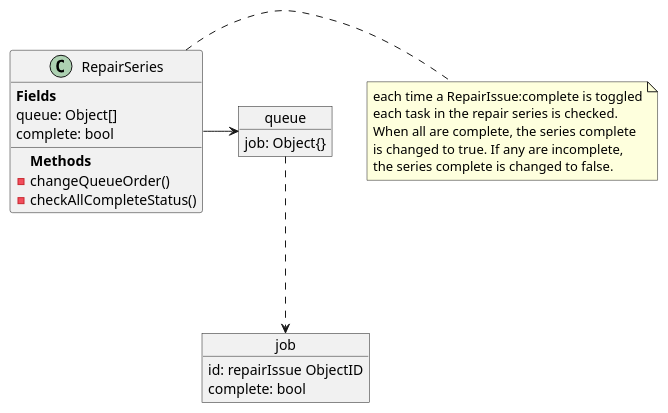
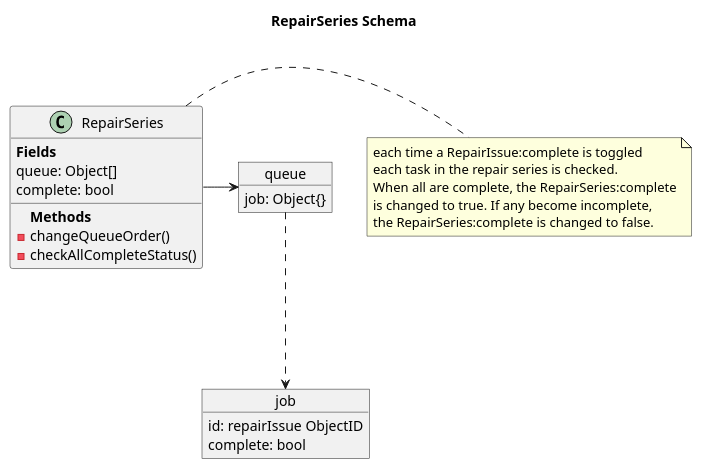
The diagram in src/app/odm/uml/repairSeries.puml (TwoFistedJustice/manifold), drawn with PlantUML before and after one commit. The commit also changed 6 other files, not shown here.

Commit message:
Added titles to schema diagrams

```diff
--- a/src/app/odm/uml/repairSeries.puml
+++ b/src/app/odm/uml/repairSeries.puml
@@ -1,37 +1,36 @@
 @startuml
-
+title RepairSeries Schema
 
 class RepairSeries {
 {field}**Fields**
 queue: Object[]
 complete: bool
 
 {method}**Methods**
 - changeQueueOrder()
 - checkAllCompleteStatus()
 }
 
 note right
 each time a RepairIssue:complete is toggled
 each task in the repair series is checked.
-When all are complete, the series complete
-is changed to true. If any are incomplete,
-the series complete is changed to false.
+When all are complete, the RepairSeries:complete
+is changed to true. If any become incomplete,
+the RepairSeries:complete is changed to false.
 end note
+
 
 
 object queue{
 job: Object{}
 }
 
 object job {
 id: repairIssue ObjectID
 complete: bool
 }
 
 RepairSeries -> queue
 queue ...> job
 
-
-
 @enduml
```
